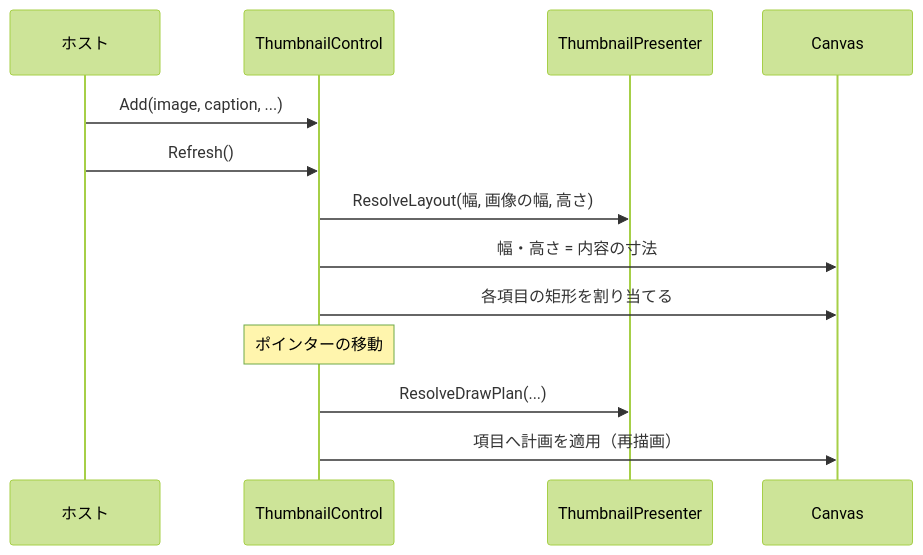
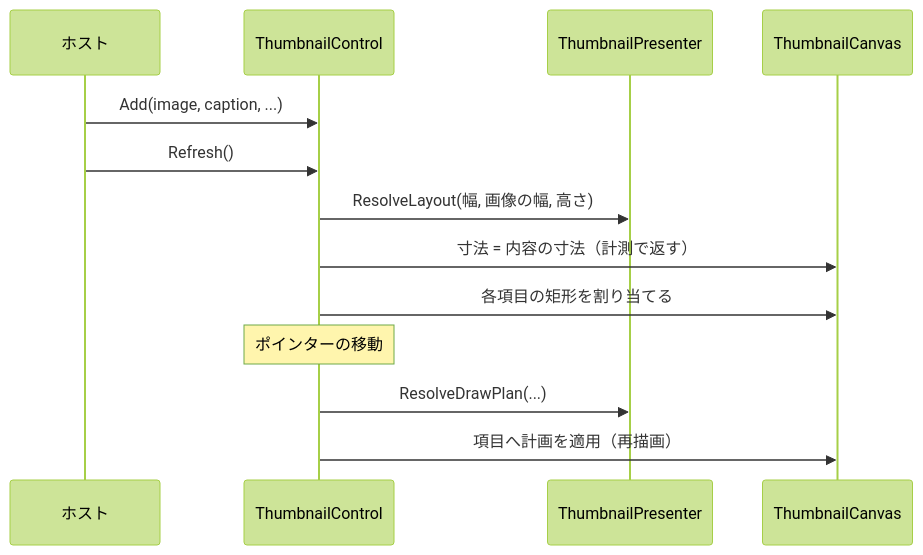
The third of 3 diagrams in EsUtil.Ui.WinUI3/Thumbnail/docs/SPEC_System.md (tomokuni/EsUtil), drawn with Mermaid (forest theme) before and after one commit. The commit also changed other lines of this file and 15 other files, not shown here.

````diff
--- a/EsUtil.Ui.WinUI3/Thumbnail/docs/SPEC_System.md
+++ b/EsUtil.Ui.WinUI3/Thumbnail/docs/SPEC_System.md
@@ -148,16 +150,16 @@
 ```mermaid
 sequenceDiagram
     participant Host as ホスト
     participant Control as ThumbnailControl
     participant Presenter as ThumbnailPresenter
-    participant Canvas as Canvas
+    participant Panel as ThumbnailCanvas
 
     Host->>Control: Add(image, caption, ...)
     Host->>Control: Refresh()
     Control->>Presenter: ResolveLayout(幅, 画像の幅, 高さ)
-    Control->>Canvas: 幅・高さ = 内容の寸法
-    Control->>Canvas: 各項目の矩形を割り当てる
+    Control->>Panel: 寸法 = 内容の寸法（計測で返す）
+    Control->>Panel: 各項目の矩形を割り当てる
     Note over Control: ポインターの移動
     Control->>Presenter: ResolveDrawPlan(...)
-    Control->>Canvas: 項目へ計画を適用（再描画）
+    Control->>Panel: 項目へ計画を適用（再描画）
 ```
````
